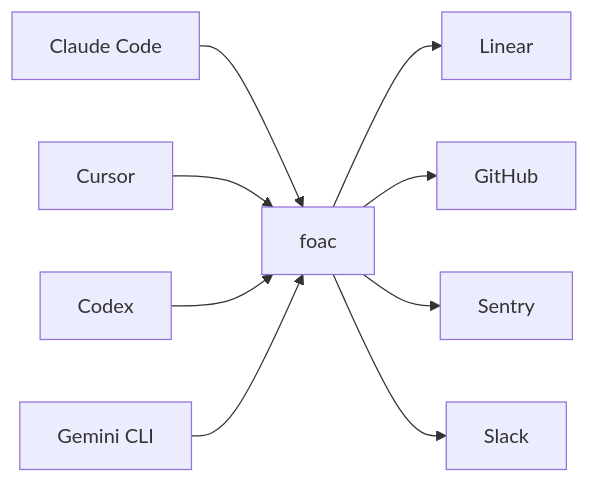
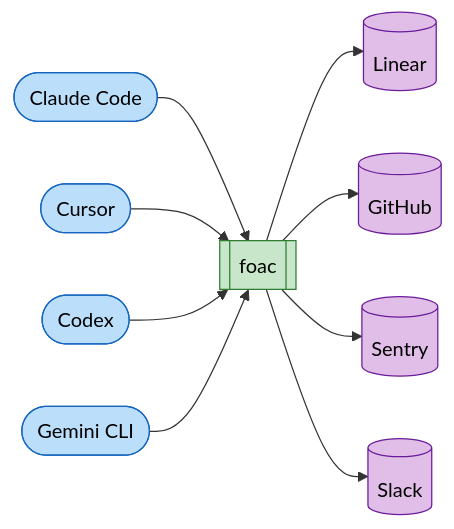
One commit to alephic-ai/foac changed the second of 2 diagrams in README.md. Above: the diagram before and after it, drawn with Mermaid. The commit also changed other lines of this file, not shown here.

First line of the commit message:
docs: color the README diagrams by node kind (#74)

````diff
--- a/README.md
+++ b/README.md
@@ -36,8 +44,14 @@
 ```mermaid
 graph LR
-    CC[Claude Code] --> F
-    CU[Cursor] --> F
-    CX[Codex] --> F
-    GEM[Gemini CLI] --> F[foac]
-    F --> Linear & GitHub & Sentry & Slack
+    CC([Claude Code]) --> F
+    CU([Cursor]) --> F
+    CX([Codex]) --> F
+    GEM([Gemini CLI]) --> F[[foac]]
+    F --> Linear[(Linear)] & GitHub[(GitHub)] & Sentry[(Sentry)] & Slack[(Slack)]
+    classDef harness fill:#bbdefb,stroke:#1565c0,color:#000
+    classDef cli fill:#c8e6c9,stroke:#2e7d32,color:#000
+    classDef provider fill:#e1bee7,stroke:#6a1b9a,color:#000
+    class CC,CU,CX,GEM harness
+    class F cli
+    class Linear,GitHub,Sentry,Slack provider
 ```
````
